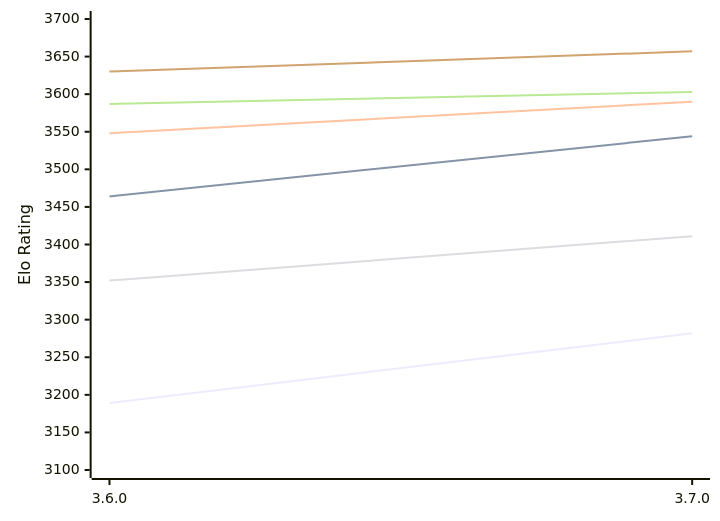
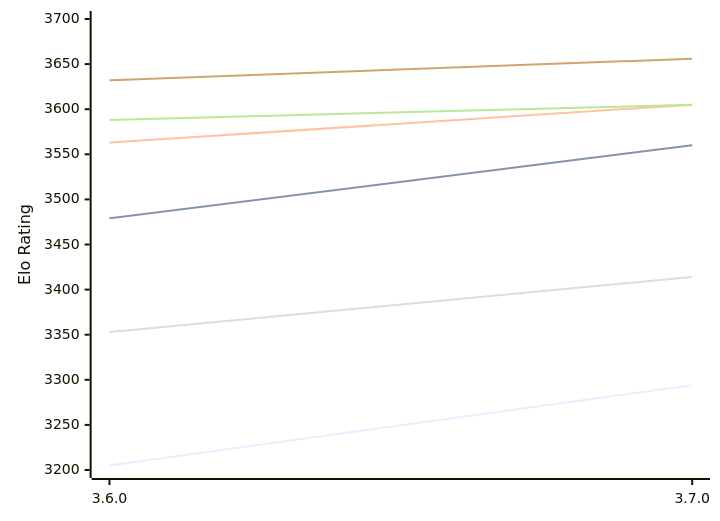
One commit to computer-chess-index/cci changed the diagram in engines/Simplechess.md. Above: the diagram before and after it, drawn with Mermaid. The commit also changed other lines of this file, not shown here.

Commit message:
Update CCI Ratings (ELO VLTC) - 2026-11-11

````diff
--- a/engines/Simplechess.md
+++ b/engines/Simplechess.md
@@ -49,12 +49,12 @@
 ```mermaid
 %%{init: {"theme":"base","themeVariables":{"seriesColors:['#a3a3a3','#222221','#faa371']}}}%%
 xychart-beta
   x-axis ["3.6.0", "3.7.0"]
-  y-axis "Elo Rating" 3100 --> 3700
-  line "E1: STC (8.0+0.08s)" [3189, 3282]
-  line "E1: LTC (60.0+0.60s)" [3464, 3544]
-  line "E1: VLTC (2m24s+1.12s)" [3548, 3590]
-  line "P1: STC (8.0+0.08s)" [3352, 3411]
-  line "P1: LTC (60.0+0.60s)" [3587, 3603]
-  line "P1: VLTC (2m24s+1.12s)" [3630, 3657]
+  y-axis "Elo Rating" 3200 --> 3700
+  line "E1: STC (8.0+0.08s)" [3205, 3294]
+  line "E1: LTC (60.0+0.60s)" [3479, 3560]
+  line "E1: VLTC (2m24s+1.12s)" [3563, 3605]
+  line "P1: STC (8.0+0.08s)" [3353, 3414]
+  line "P1: LTC (60.0+0.60s)" [3588, 3605]
+  line "P1: VLTC (2m24s+1.12s)" [3632, 3656]
 ```
````
